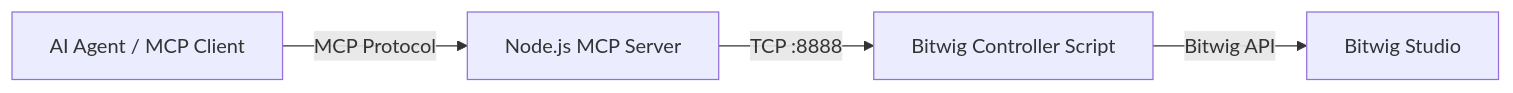
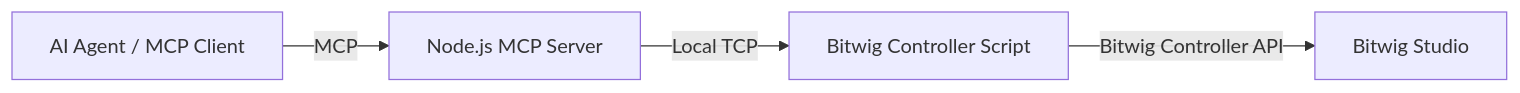
Before and after one commit to LaurentHuzard/beat-twin: the diagram in README.md, drawn with Mermaid. The commit also changed other lines of this file, not shown here.

````diff
--- a/README.md
+++ b/README.md
@@ -24,6 +29,6 @@
 ```mermaid
 graph LR
-    A[AI Agent / MCP Client] -->|MCP Protocol| B[Node.js MCP Server]
-    B -->|TCP :8888| C[Bitwig Controller Script]
-    C -->|Bitwig API| D[Bitwig Studio]
+    A[AI Agent / MCP Client] -->|MCP| B[Node.js MCP Server]
+    B -->|Local TCP| C[Bitwig Controller Script]
+    C -->|Bitwig Controller API| D[Bitwig Studio]
 ```
````
